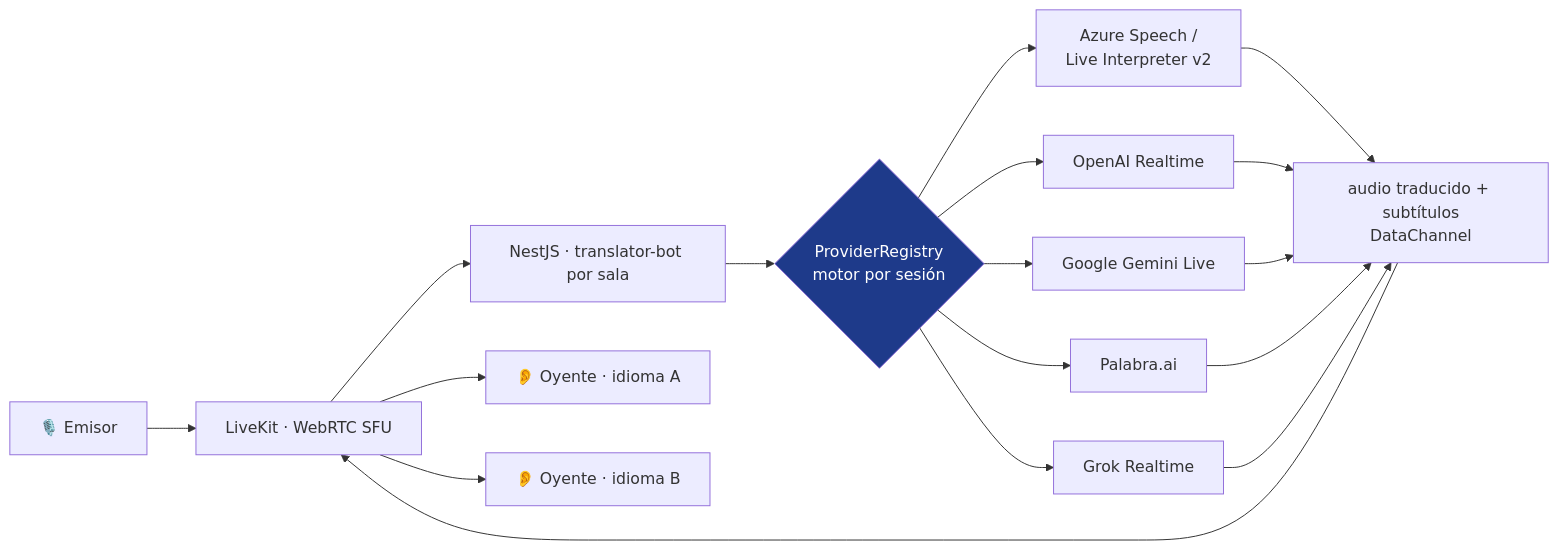
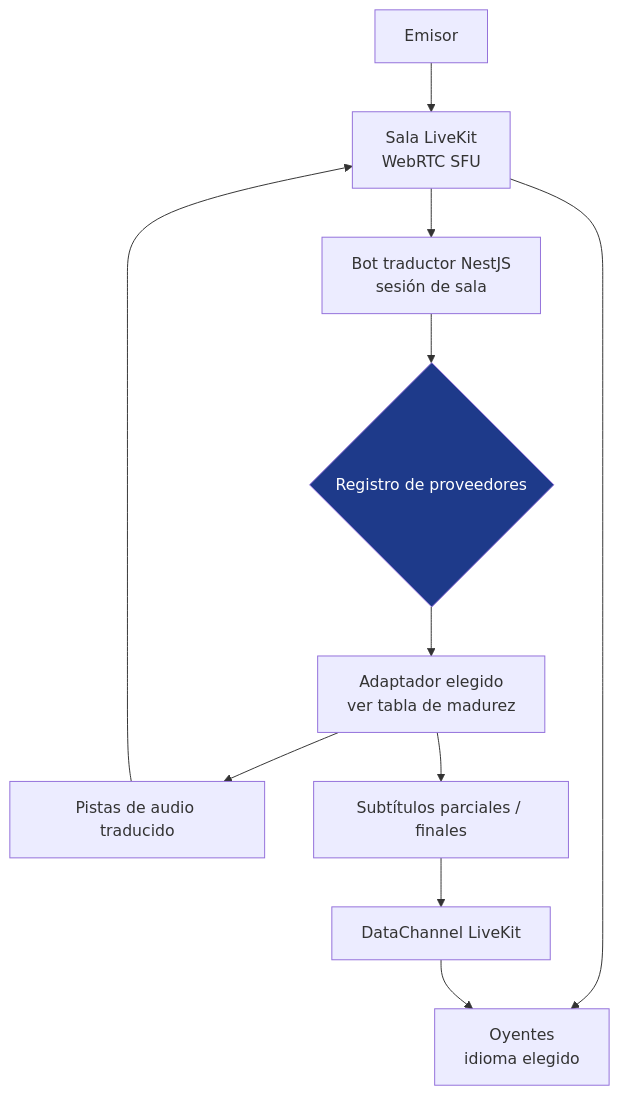
The diagram in projects/realtime-translation.es.md (aleglope/production-systems-case-studies), drawn with Mermaid before and after one commit. The commit also changed other lines of this file and 25 other files, not shown here.

````diff
--- a/projects/realtime-translation.es.md
+++ b/projects/realtime-translation.es.md
@@ -19,21 +28,15 @@
 ```mermaid
-flowchart LR
-    SP["🎙️ Emisor"] --> LK["LiveKit · WebRTC SFU"]
-    LK --> BOT["NestJS · translator-bot por sala"]
-    BOT --> REG{"ProviderRegistry<br/>motor por sesión"}
-    REG --> AZ["Azure Speech /<br/>Live Interpreter v2"]
-    REG --> OAI["OpenAI Realtime"]
-    REG --> GEM["Google Gemini Live"]
-    REG --> PAL["Palabra.ai"]
-    REG --> GRK["Grok Realtime"]
-    AZ --> OUT["audio traducido + subtítulos<br/>DataChannel"]
-    OAI --> OUT
-    GEM --> OUT
-    PAL --> OUT
-    GRK --> OUT
-    OUT --> LK
-    LK --> A1["👂 Oyente · idioma A"]
-    LK --> A2["👂 Oyente · idioma B"]
+flowchart TB
+    SP["Emisor"] --> LK["Sala LiveKit<br/>WebRTC SFU"]
+    LK --> BOT["Bot traductor NestJS<br/>sesión de sala"]
+    BOT --> REG{"Registro de proveedores"}
+    REG --> AD["Adaptador elegido<br/>ver tabla de madurez"]
+    AD --> AUD["Pistas de audio traducido"]
+    AUD --> LK
+    AD --> SUB["Subtítulos parciales / finales"]
+    SUB --> DC["DataChannel LiveKit"]
+    LK --> LIST["Oyentes<br/>idioma elegido"]
+    DC --> LIST
 
     style REG fill:#1e3a8a,color:#fff
 ```
````
